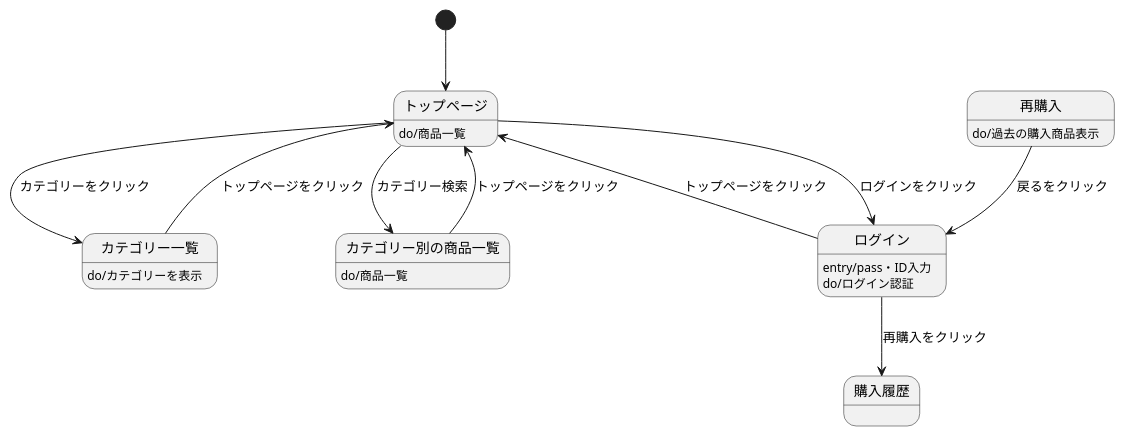
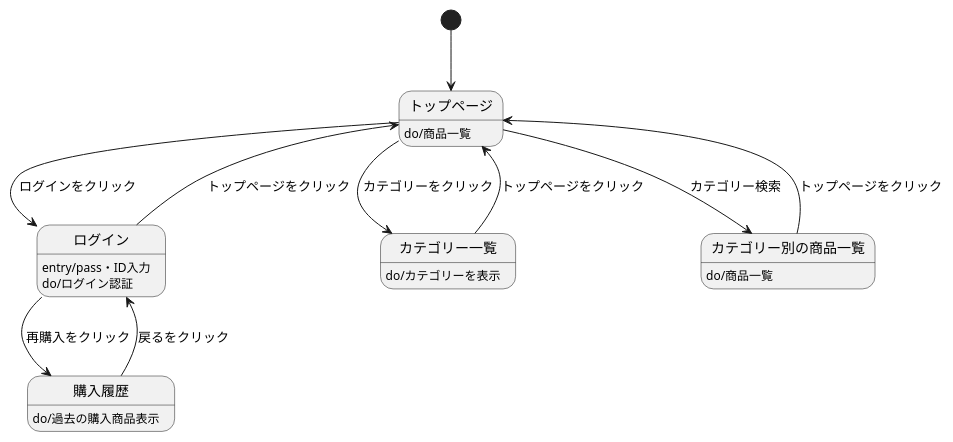
The diagram in orizinaru.md (Aso2001388/2021sys-design), drawn with PlantUML before and after one commit.

````diff
--- a/orizinaru.md
+++ b/orizinaru.md
@@ -1,19 +1,19 @@
 ```uml 
 @startuml
 [*]-->トップページ
 トップページ : do/商品一覧
 トップページ-->ログイン: ログインをクリック
 ログイン-->トップページ: トップページをクリック
 ログイン: entry/pass・ID入力
 ログイン: do/ログイン認証
 ログイン-->購入履歴: 再購入をクリック
-再購入-->ログイン: 戻るをクリック
-再購入: do/過去の購入商品表示
+購入履歴-->ログイン: 戻るをクリック
+購入履歴: do/過去の購入商品表示
 トップページ-->カテゴリー一覧: カテゴリーをクリック
 カテゴリー一覧-->トップページ: トップページをクリック
 カテゴリー一覧: do/カテゴリーを表示
 トップページ-->カテゴリー別の商品一覧: カテゴリー検索
 カテゴリー別の商品一覧-->トップページ: トップページをクリック
 カテゴリー別の商品一覧: do/商品一覧
 @enduml
 ``` 
````
